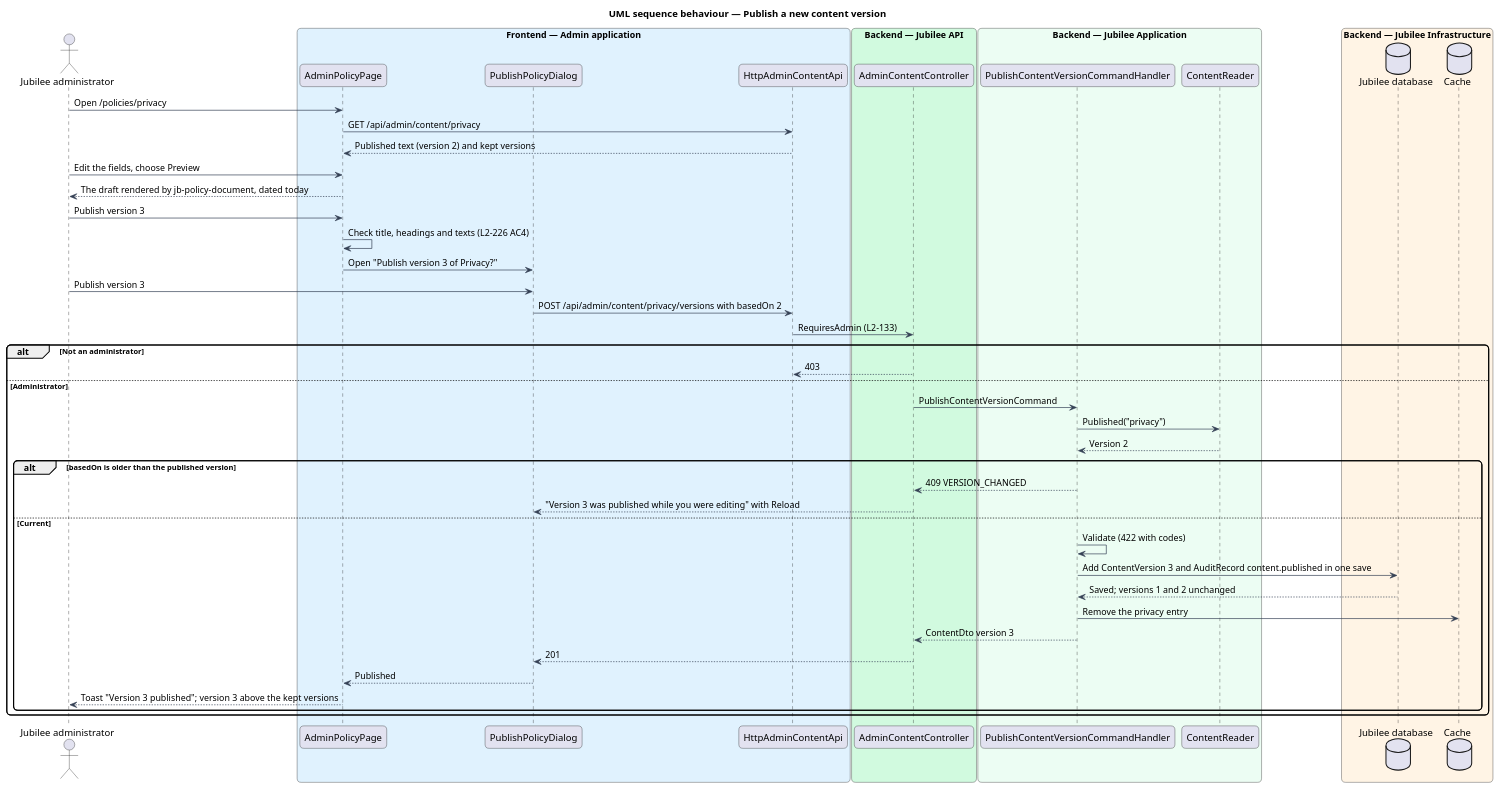
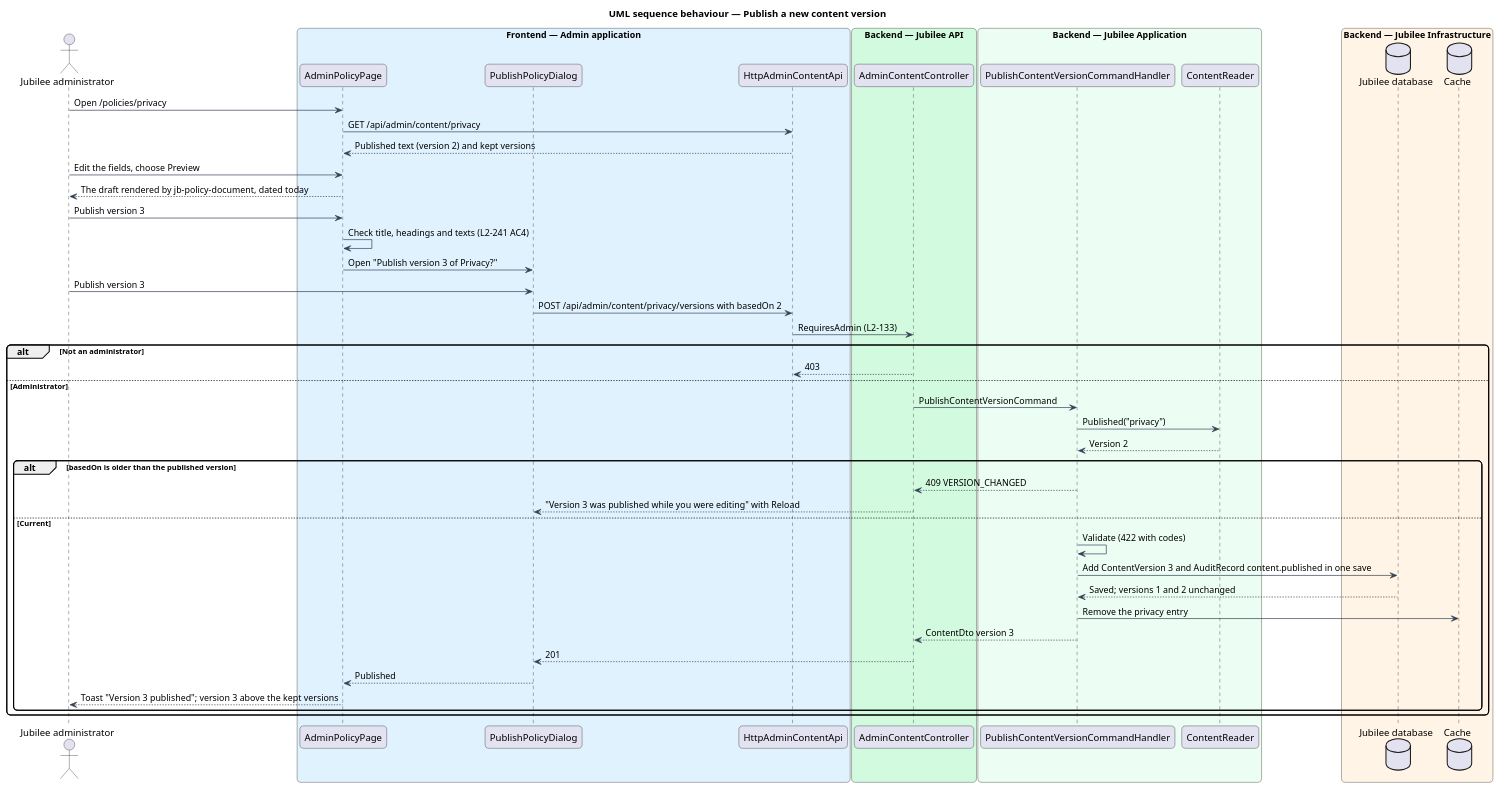
The diagram in docs/detailed-designs/trust-content/publish-policy-pages/diagrams/sequence-publish-version.puml (QuinntyneBrown/jubilee), drawn with PlantUML before and after one commit. The commit also changed 37 other files, not shown here.

```diff
--- a/docs/detailed-designs/trust-content/publish-policy-pages/diagrams/sequence-publish-version.puml
+++ b/docs/detailed-designs/trust-content/publish-policy-pages/diagrams/sequence-publish-version.puml
@@ -1,56 +1,56 @@
 @startuml
 title UML sequence behaviour — Publish a new content version
 skinparam backgroundColor #FFFFFF
 skinparam shadowing false
 skinparam roundcorner 12
 skinparam defaultFontName Arial
 skinparam ArrowColor #344054
 actor "Jubilee administrator" as actor
 box "Frontend — Admin application" #E0F2FE
   participant "AdminPolicyPage" as page
   participant "PublishPolicyDialog" as dialog
   participant "HttpAdminContentApi" as client
 end box
 box "Backend — Jubilee API" #D1FADF
   participant "AdminContentController" as controller
 end box
 box "Backend — Jubilee Application" #ECFDF3
   participant "PublishContentVersionCommandHandler" as handler
   participant "ContentReader" as reader
 end box
 box "Backend — Jubilee Infrastructure" #FFF4E5
   database "Jubilee database" as db
   database "Cache" as cache
 end box
 actor -> page : Open /policies/privacy
 page -> client : GET /api/admin/content/privacy
 client --> page : Published text (version 2) and kept versions
 actor -> page : Edit the fields, choose Preview
 page --> actor : The draft rendered by jb-policy-document, dated today
 actor -> page : Publish version 3
-page -> page : Check title, headings and texts (L2-226 AC4)
+page -> page : Check title, headings and texts (L2-241 AC4)
 page -> dialog : Open "Publish version 3 of Privacy?"
 actor -> dialog : Publish version 3
 dialog -> client : POST /api/admin/content/privacy/versions with basedOn 2
 client -> controller : RequiresAdmin (L2-133)
 alt Not an administrator
   controller --> client : 403
 else Administrator
   controller -> handler : PublishContentVersionCommand
   handler -> reader : Published("privacy")
   reader --> handler : Version 2
   alt basedOn is older than the published version
     handler --> controller : 409 VERSION_CHANGED
     controller --> dialog : "Version 3 was published while you were editing" with Reload
   else Current
     handler -> handler : Validate (422 with codes)
     handler -> db : Add ContentVersion 3 and AuditRecord content.published in one save
     db --> handler : Saved; versions 1 and 2 unchanged
     handler -> cache : Remove the privacy entry
     handler --> controller : ContentDto version 3
     controller --> dialog : 201
     dialog --> page : Published
     page --> actor : Toast "Version 3 published"; version 3 above the kept versions
   end
 end
 @enduml
```
